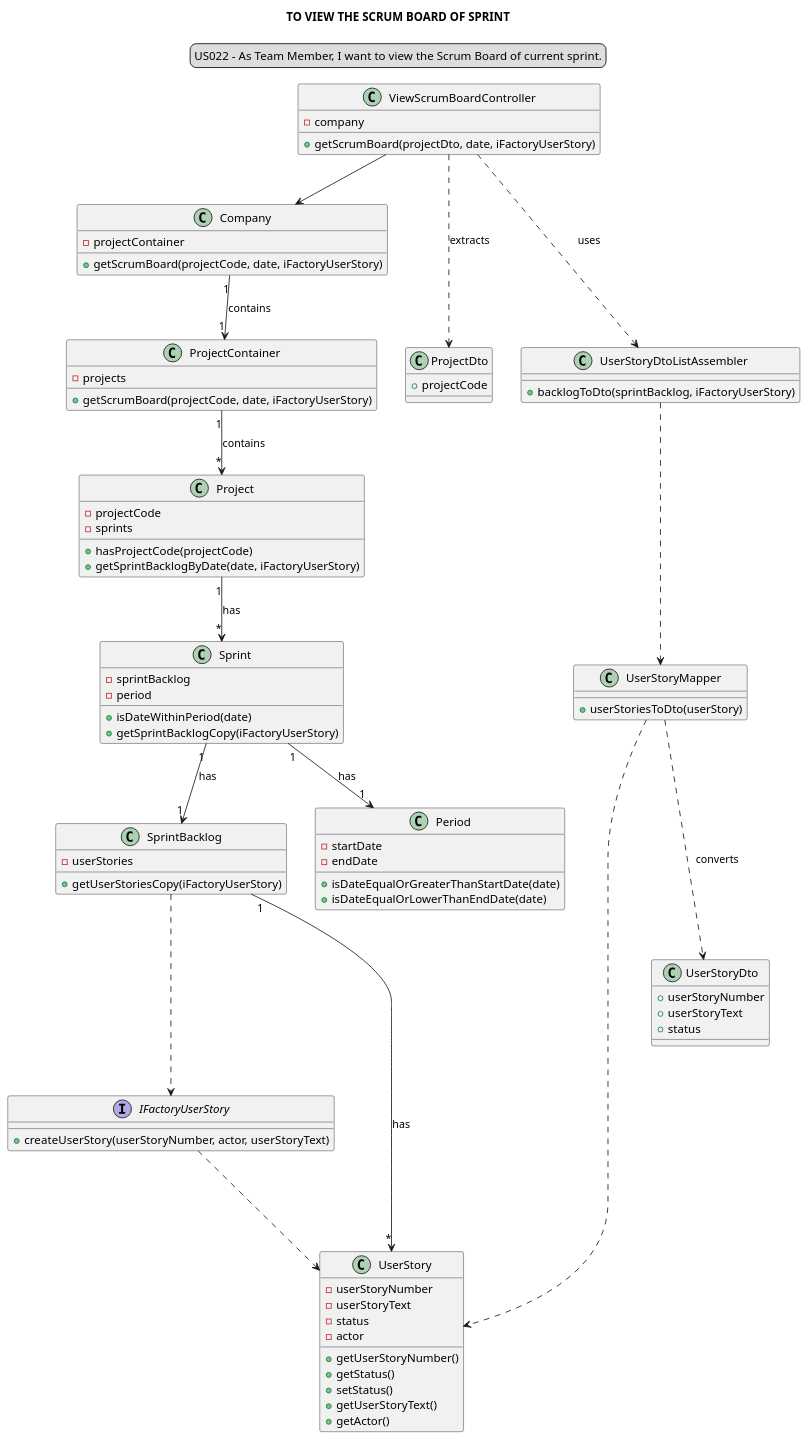
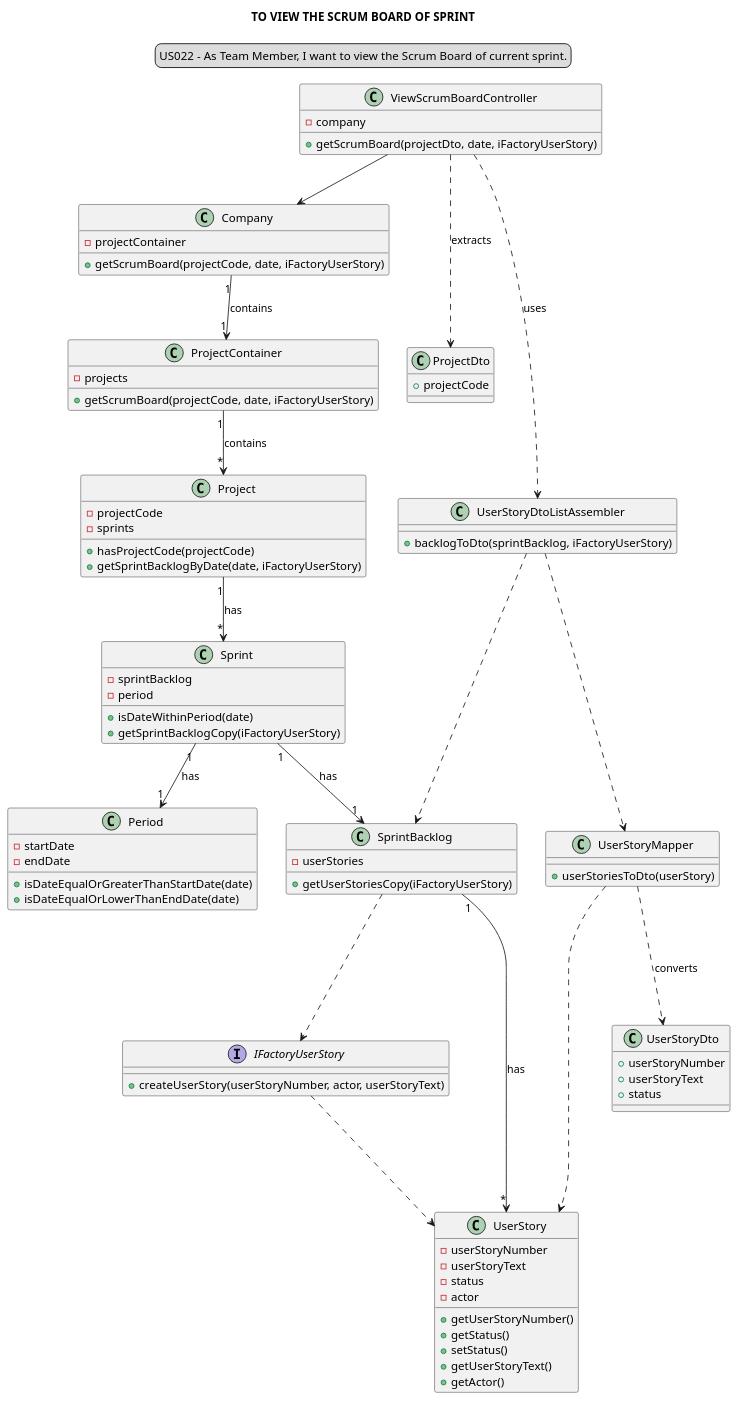
One commit to Loracline/project_switch_22-23 changed the diagram in docs/modelling_design/user_stories/sprint03/us022/US022_classDiagram.puml. Above: the diagram before and after it, drawn with PlantUML.

Commit message:
US022: Design: Update class diagram, addresses #50

```diff
--- a/docs/modelling_design/user_stories/sprint03/us022/US022_classDiagram.puml
+++ b/docs/modelling_design/user_stories/sprint03/us022/US022_classDiagram.puml
@@ -1,112 +1,113 @@
 @startuml
 
 skinparam sequenceMessageAlign center
 title TO VIEW THE SCRUM BOARD OF SPRINT
 legend top
 US022 - As Team Member, I want to view the Scrum Board of current sprint.
 end legend
 
 class ViewScrumBoardController
 class Company
 class ProjectContainer
 class Project
 class Sprint
 class SprintBacklog
 class ProjectDto
 interface IFactoryUserStory
 class UserStory
 class UserStoryDtoListAssembler
 class UserStoryMapper
 class UserStoryDto
 
 class ViewScrumBoardController {
 -company
 +getScrumBoard(projectDto, date, iFactoryUserStory)
 }
 
 class Company {
 -projectContainer
 +getScrumBoard(projectCode, date, iFactoryUserStory)
 }
 
 class ProjectContainer {
 -projects
 +getScrumBoard(projectCode, date, iFactoryUserStory)
 }
 
 class Project {
 -projectCode
 -sprints
 +hasProjectCode(projectCode)
 +getSprintBacklogByDate(date, iFactoryUserStory)
 }
 
 class Sprint {
 -sprintBacklog
 -period
 +isDateWithinPeriod(date)
 +getSprintBacklogCopy(iFactoryUserStory)
 }
 
 class Period {
 -startDate
 -endDate
 +isDateEqualOrGreaterThanStartDate(date)
 +isDateEqualOrLowerThanEndDate(date)
 }
 
 class SprintBacklog {
 -userStories
 +getUserStoriesCopy(iFactoryUserStory)
 }
 
 class ProjectDto {
 +projectCode
 }
 
 interface IFactoryUserStory {
 +createUserStory(userStoryNumber, actor, userStoryText)
 }
 
 class UserStory {
 -userStoryNumber
 -userStoryText
 -status
 -actor
 +getUserStoryNumber()
 +getStatus()
 +setStatus()
 +getUserStoryText()
 +getActor()
 }
 
 class UserStoryDto {
 +userStoryNumber
 +userStoryText
 +status
 }
 
 class UserStoryMapper {
 +userStoriesToDto(userStory)
 }
 
 class UserStoryDtoListAssembler {
 +backlogToDto(sprintBacklog, iFactoryUserStory)
 }
 
 "ViewScrumBoardController" --> "Company"
 "Company" "1" --> "1" "ProjectContainer": contains
 "ProjectContainer" "1" --> "*" "Project": contains
 "Project" "1" --> "*" "Sprint": has
 "Sprint" "1" --> "1" "SprintBacklog": has
 "Sprint" "1" --> "1" "Period": has
 "SprintBacklog" .--> "IFactoryUserStory"
 "SprintBacklog" "1" --> "*" "UserStory": has
 "IFactoryUserStory" .--> "UserStory"
 "ViewScrumBoardController" .--> "ProjectDto": extracts
 "ViewScrumBoardController" .--> "UserStoryDtoListAssembler": uses
 "UserStoryDtoListAssembler" .--> "UserStoryMapper"
+"UserStoryDtoListAssembler" .--> "SprintBacklog"
 "UserStoryMapper" .--> "UserStoryDto": converts
 "UserStoryMapper" .--> "UserStory"
 
 @enduml
```
